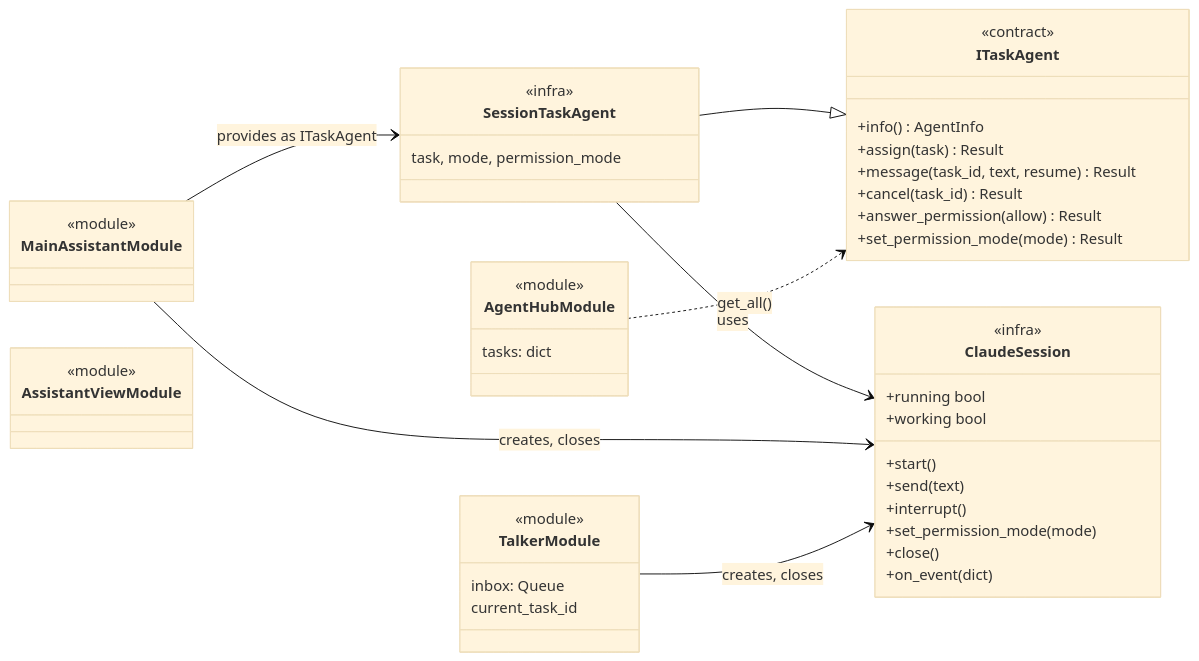
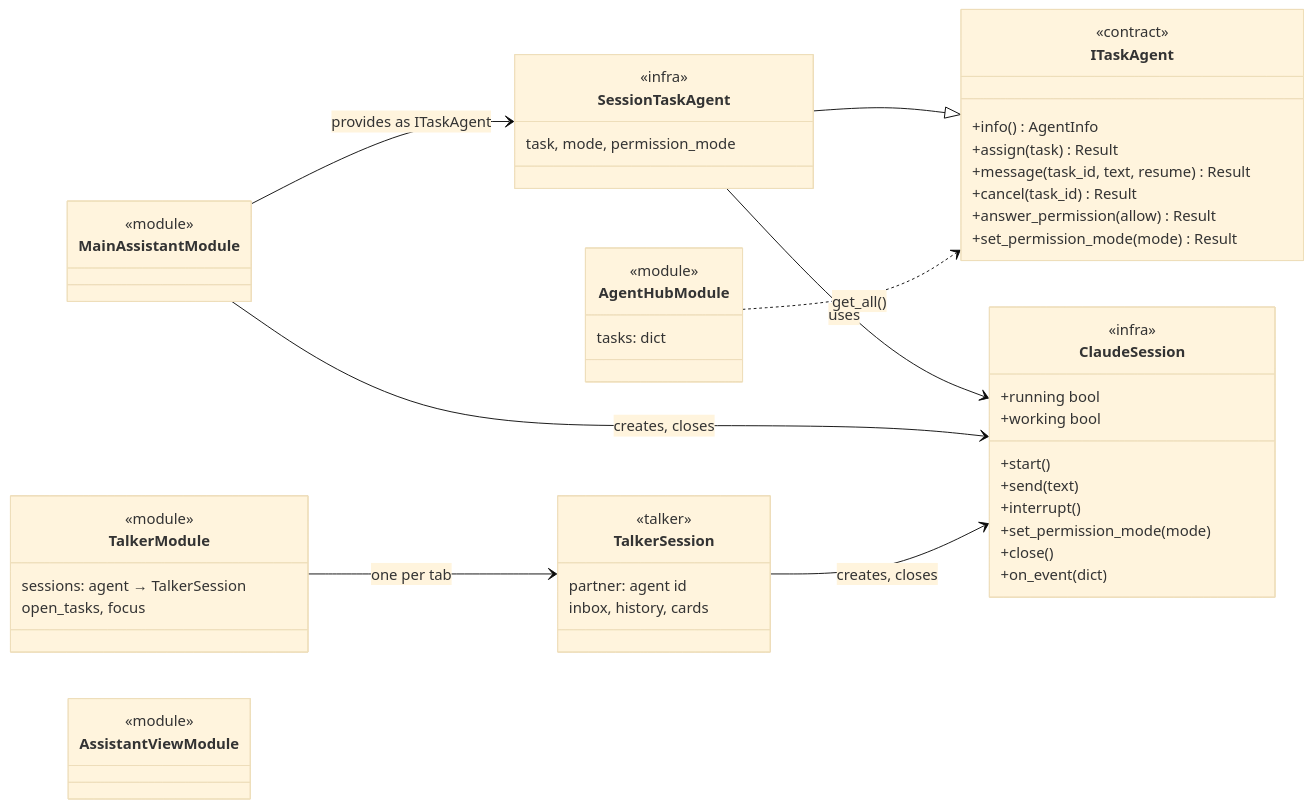
Before and after one commit to sharramon/AI_Assistant: the seventh of 11 diagrams in docs/agents/runtime.md, drawn with Mermaid (base theme). The commit also changed other lines of this file and 321 other files, not shown here.

````diff
--- a/docs/agents/runtime.md
+++ b/docs/agents/runtime.md
@@ -250,46 +256,52 @@
 ```mermaid
 classDiagram
     direction LR
     class ClaudeSession {
         <<infra>>
         +start()
         +send(text)
         +interrupt()
         +set_permission_mode(mode)
         +close()
         +running bool
         +working bool
         +on_event(dict)
     }
     class ITaskAgent {
         <<contract>>
         +info() AgentInfo
         +assign(task) Result
         +message(task_id, text, resume) Result
         +cancel(task_id) Result
         +answer_permission(allow) Result
         +set_permission_mode(mode) Result
     }
     class SessionTaskAgent {
         <<infra>>
         task, mode, permission_mode
     }
     class MainAssistantModule { <<module>> }
     class TalkerModule {
         <<module>>
-        inbox: Queue
-        current_task_id
+        sessions: agent → TalkerSession
+        open_tasks, focus
     }
     class AgentHubModule {
         <<module>>
         tasks: dict
     }
     class AssistantViewModule { <<module>> }
+    class TalkerSession {
+        <<talker>>
+        partner: agent id
+        inbox, history, cards
+    }
 
     SessionTaskAgent --|> ITaskAgent
     SessionTaskAgent --> ClaudeSession : uses
     MainAssistantModule --> SessionTaskAgent : provides as ITaskAgent
     MainAssistantModule --> ClaudeSession : creates, closes
-    TalkerModule --> ClaudeSession : creates, closes
+    TalkerModule --> TalkerSession : one per tab
+    TalkerSession --> ClaudeSession : creates, closes
     AgentHubModule ..> ITaskAgent : get_all()
 ```
````
